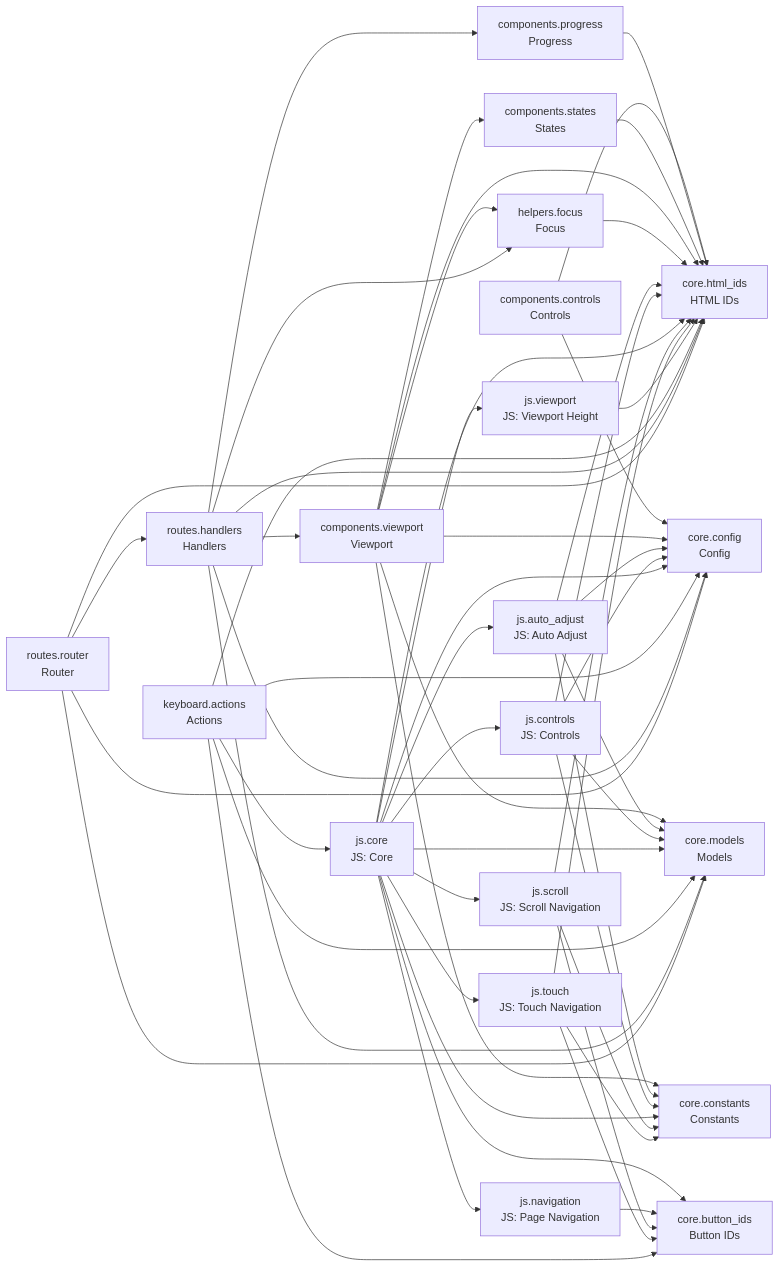
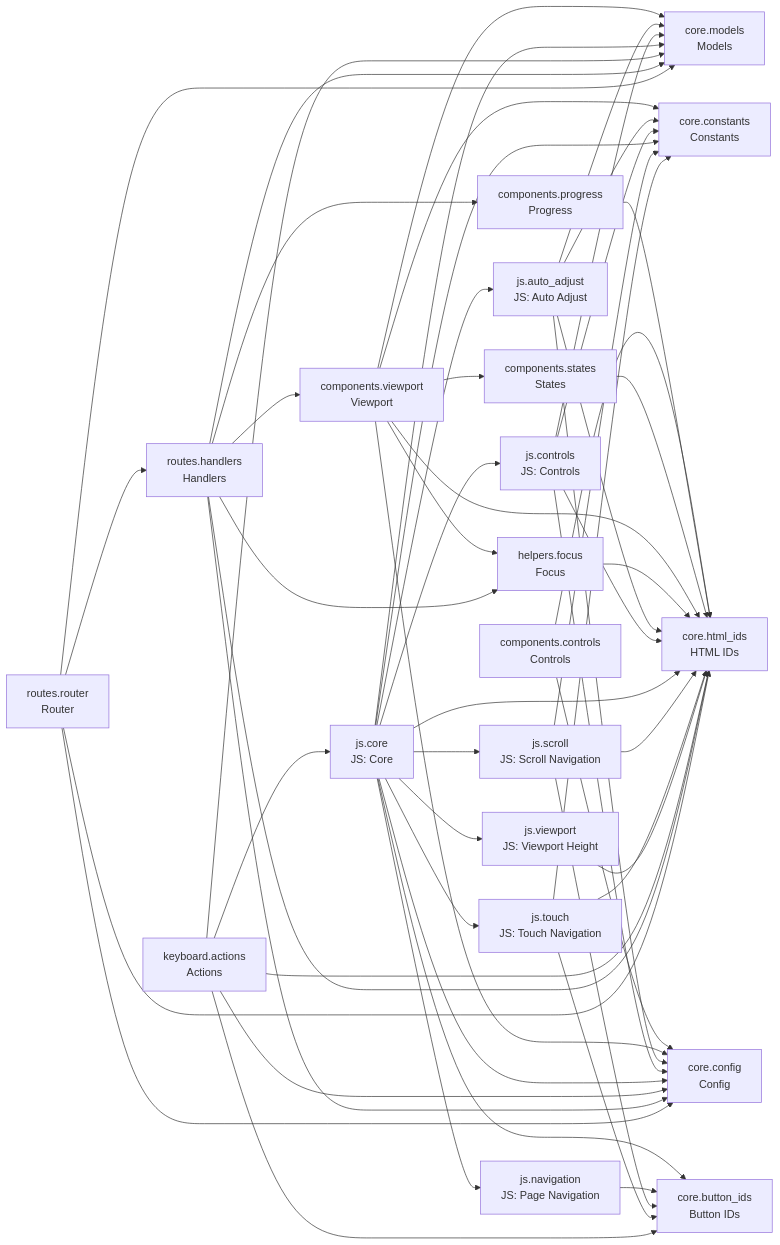
Before and after one commit to cj-mills/cjm-fasthtml-card-stack: the diagram in README.md, drawn with Mermaid. The commit also changed other lines of this file and 4 other files, not shown here.

````diff
--- a/README.md
+++ b/README.md
@@ -46,77 +46,77 @@
 ``` mermaid
 graph LR
     components_controls[components.controls<br/>Controls]
     components_progress[components.progress<br/>Progress]
     components_states[components.states<br/>States]
     components_viewport[components.viewport<br/>Viewport]
     core_button_ids[core.button_ids<br/>Button IDs]
     core_config[core.config<br/>Config]
     core_constants[core.constants<br/>Constants]
     core_html_ids[core.html_ids<br/>HTML IDs]
     core_models[core.models<br/>Models]
     helpers_focus[helpers.focus<br/>Focus]
     js_auto_adjust[js.auto_adjust<br/>JS: Auto Adjust]
     js_controls[js.controls<br/>JS: Controls]
     js_core[js.core<br/>JS: Core]
     js_navigation[js.navigation<br/>JS: Page Navigation]
     js_scroll[js.scroll<br/>JS: Scroll Navigation]
     js_touch[js.touch<br/>JS: Touch Navigation]
     js_viewport[js.viewport<br/>JS: Viewport Height]
     keyboard_actions[keyboard.actions<br/>Actions]
     routes_handlers[routes.handlers<br/>Handlers]
     routes_router[routes.router<br/>Router]
 
     components_controls --> core_config
     components_controls --> core_html_ids
     components_progress --> core_html_ids
     components_states --> core_html_ids
+    components_viewport --> core_models
+    components_viewport --> core_constants
     components_viewport --> helpers_focus
+    components_viewport --> components_states
     components_viewport --> core_config
-    components_viewport --> core_models
-    components_viewport --> components_states
     components_viewport --> core_html_ids
-    components_viewport --> core_constants
     helpers_focus --> core_html_ids
+    js_auto_adjust --> core_html_ids
     js_auto_adjust --> core_constants
-    js_auto_adjust --> core_html_ids
     js_auto_adjust --> core_models
     js_auto_adjust --> core_config
     js_controls --> core_constants
     js_controls --> core_html_ids
     js_controls --> core_models
     js_controls --> core_config
     js_core --> js_controls
+    js_core --> js_auto_adjust
+    js_core --> core_constants
+    js_core --> js_viewport
+    js_core --> core_button_ids
+    js_core --> js_navigation
     js_core --> js_touch
-    js_core --> core_button_ids
+    js_core --> js_scroll
     js_core --> core_config
+    js_core --> core_html_ids
     js_core --> core_models
-    js_core --> core_constants
-    js_core --> core_html_ids
-    js_core --> js_navigation
-    js_core --> js_scroll
-    js_core --> js_auto_adjust
-    js_core --> js_viewport
     js_navigation --> core_button_ids
     js_scroll --> core_constants
     js_scroll --> core_html_ids
     js_scroll --> core_button_ids
     js_touch --> core_constants
     js_touch --> core_html_ids
     js_touch --> core_button_ids
     js_viewport --> core_html_ids
+    keyboard_actions --> core_button_ids
     keyboard_actions --> js_core
     keyboard_actions --> core_config
-    keyboard_actions --> core_button_ids
     keyboard_actions --> core_html_ids
     keyboard_actions --> core_models
+    routes_handlers --> core_models
+    routes_handlers --> components_viewport
     routes_handlers --> components_progress
-    routes_handlers --> components_viewport
+    routes_handlers --> helpers_focus
     routes_handlers --> core_config
-    routes_handlers --> core_models
     routes_handlers --> core_html_ids
-    routes_handlers --> helpers_focus
     routes_router --> routes_handlers
+    routes_router --> core_models
     routes_router --> core_config
-    routes_router --> core_models
     routes_router --> core_html_ids
 ```
````
